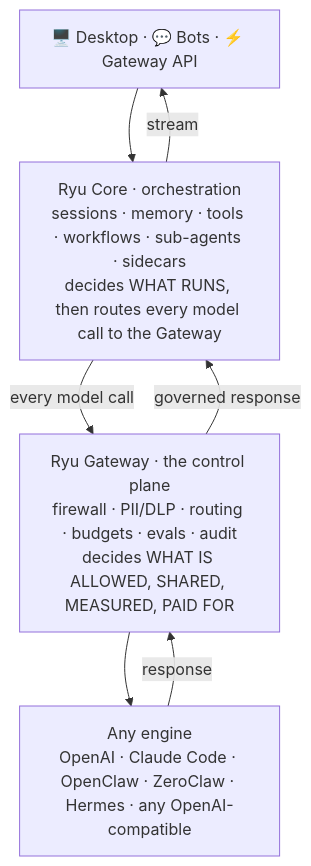
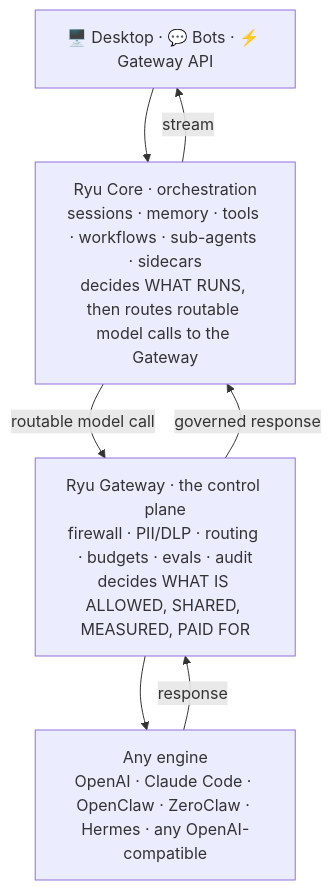
One commit to amajorai/ryu-docs changed the first of 3 diagrams in content/docs/start-here/architecture/why-ryu.mdx. Above: the diagram before and after it, drawn with Mermaid. The commit also changed other lines of this file and 34 other files, not shown here.

````diff
--- a/content/docs/start-here/architecture/why-ryu.mdx
+++ b/content/docs/start-here/architecture/why-ryu.mdx
@@ -53,11 +54,11 @@
 ```mermaid
 flowchart TD
   S["🖥️ Desktop · 💬 Bots · ⚡ Gateway API"] --> C
-  C["Ryu Core · orchestration\nsessions · memory · tools · workflows · sub-agents · sidecars\ndecides WHAT RUNS, then routes every model call to the Gateway"]
-  C -->|"every model call"| G
+    C["Ryu Core · orchestration\nsessions · memory · tools · workflows · sub-agents · sidecars\ndecides WHAT RUNS, then routes routable model calls to the Gateway"]
+    C -->|"routable model call"| G
   G["Ryu Gateway · the control plane\nfirewall · PII/DLP · routing · budgets · evals · audit\ndecides WHAT IS ALLOWED, SHARED, MEASURED, PAID FOR"]
   G --> E["Any engine\nOpenAI · Claude Code · OpenClaw · ZeroClaw · Hermes · any OpenAI-compatible"]
   E -->|"response"| G
   G -->|"governed response"| C
   C -->|"stream"| S
 ```
````
